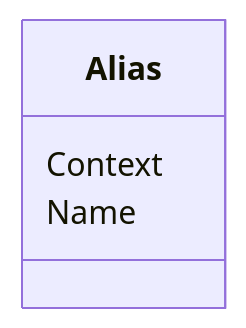
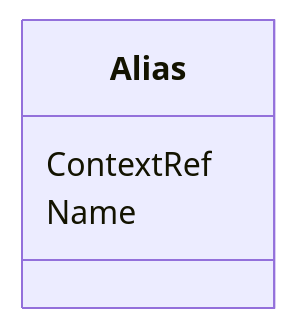
Before and after one commit to cdisc-org/DataExchange-ODM-LinkML: the diagram in docs/Alias.md, drawn with Mermaid. The commit also changed other lines of this file and 398 other files, not shown here.

Commit message:
refreshing for latest updates to schema

````diff
--- a/docs/Alias.md
+++ b/docs/Alias.md
@@ -9,9 +9,9 @@
 ```mermaid
  classDiagram
     class Alias
-      Alias : Context
+      Alias : ContextRef
         
       Alias : Name
         
       
 ```
````
